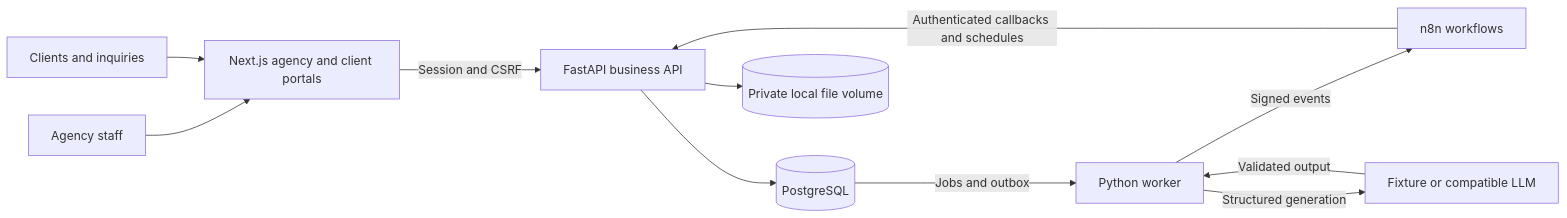
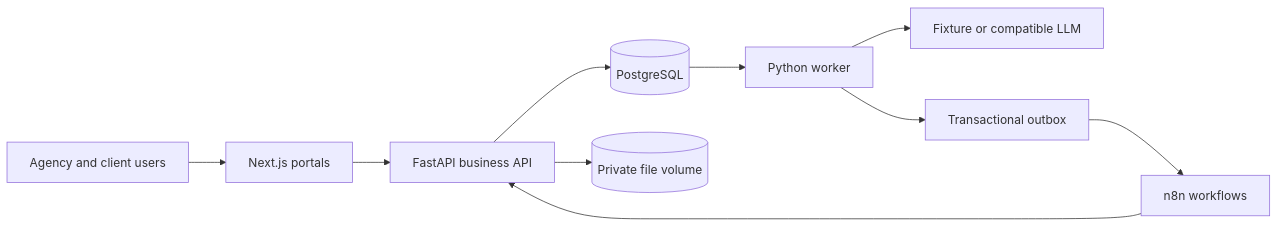
The diagram in README.md (bayutamawib/creativeOS), drawn with Mermaid before and after one commit. The commit also changed other lines of this file and 45 other files, not shown here.

````diff
--- a/README.md
+++ b/README.md
@@ -55,13 +74,12 @@
-```mermaid
+~~~mermaid
 flowchart LR
-    Agency[Agency staff] --> Web[Next.js agency and client portals]
-    Client[Clients and inquiries] --> Web
-    Web -->|Session and CSRF| API[FastAPI business API]
+    Users[Agency and client users] --> Web[Next.js portals]
+    Web --> API[FastAPI business API]
     API --> DB[(PostgreSQL)]
-    API --> Files[(Private local file volume)]
-    DB -->|Jobs and outbox| Worker[Python worker]
-    Worker -->|Signed events| N8N[n8n workflows]
-    N8N -->|Authenticated callbacks and schedules| API
-    Worker -->|Structured generation| AI[Fixture or compatible LLM]
-    AI -->|Validated output| Worker
-```
+    API --> Files[(Private file volume)]
+    DB --> Worker[Python worker]
+    Worker --> AI[Fixture or compatible LLM]
+    Worker --> Outbox[Transactional outbox]
+    Outbox --> N8N[n8n workflows]
+    N8N --> API
+~~~
````
